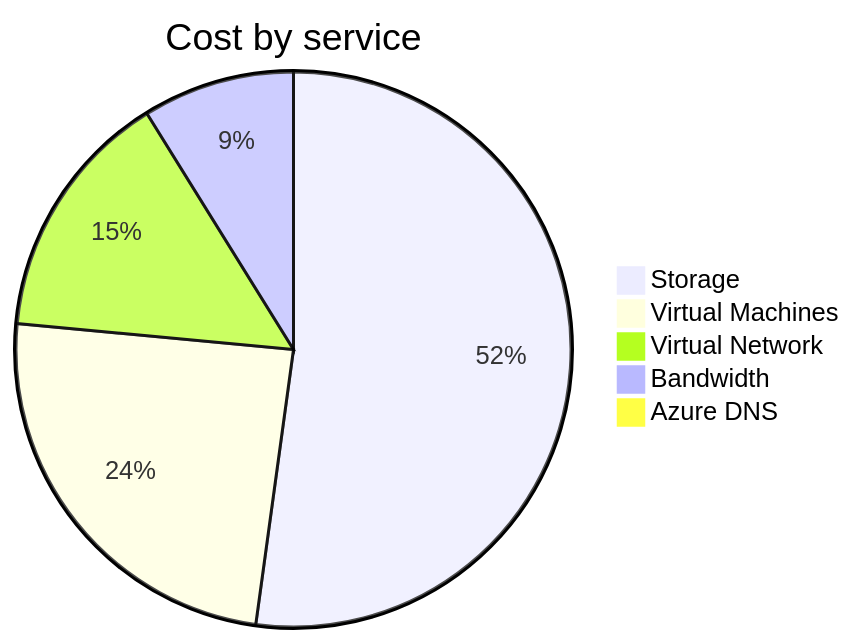
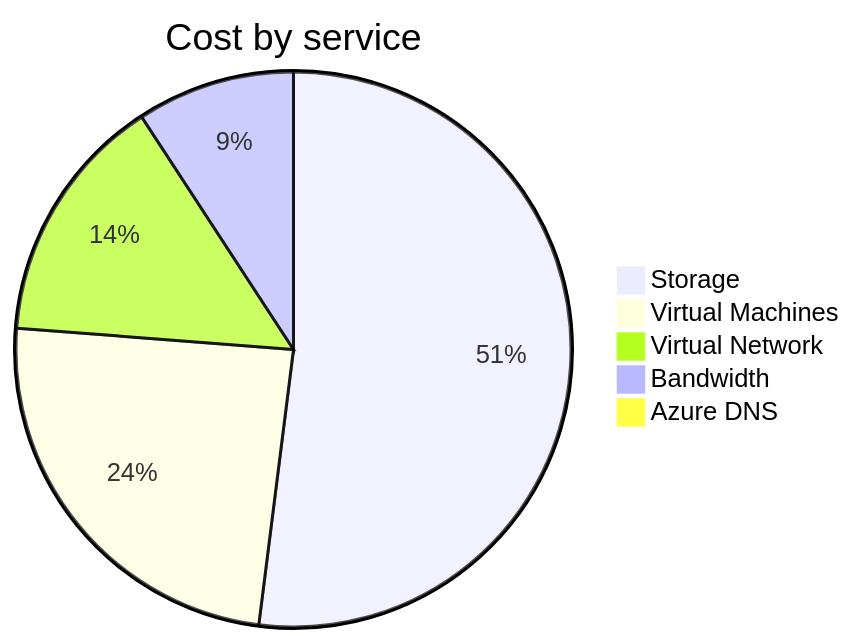
One commit to jpfulton/azure-personal-reports changed the second of 4 diagrams in cost-reports/personal-network/README.md. Above: the diagram before and after it, drawn with Mermaid. The commit also changed other lines of this file and 8 other files, not shown here.

````diff
--- a/cost-reports/personal-network/README.md
+++ b/cost-reports/personal-network/README.md
@@ -99,9 +99,9 @@
 ```mermaid
 pie
    title Cost by service
-   "Storage" : 16.22
-   "Virtual Machines" : 7.56
-   "Virtual Network" : 4.56
-   "Bandwidth" : 2.75
-   "Azure DNS" : 0.30
+   "Storage" : 17.06
+   "Virtual Machines" : 7.95
+   "Virtual Network" : 4.78
+   "Bandwidth" : 3.02
+   "Azure DNS" : 0.32
 ```
````
